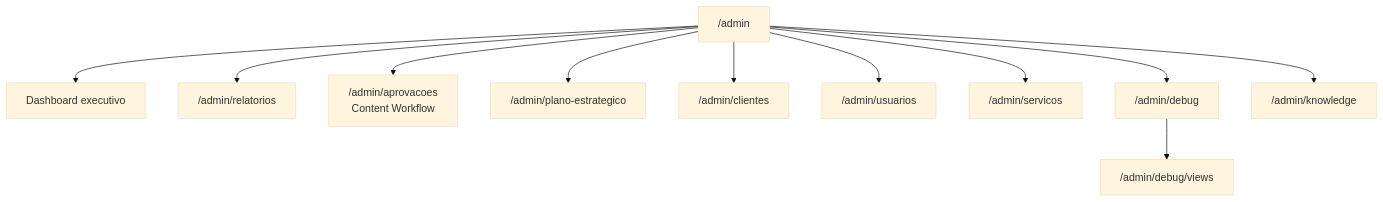
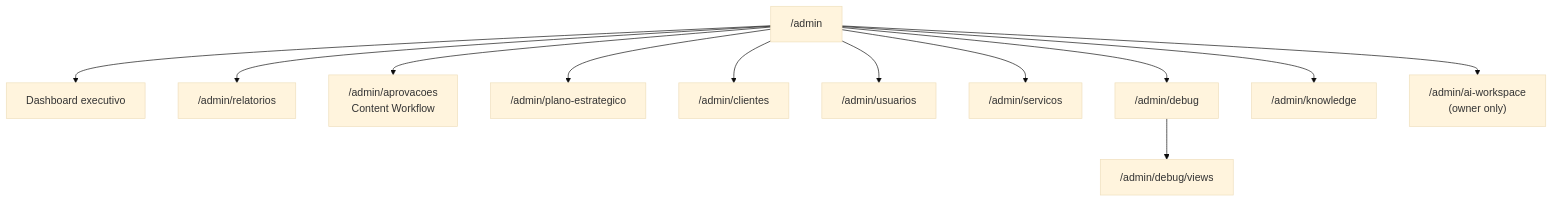
The diagram in docs/06-dashboards/admin-modules.md (Lotus-ofc/supabase-magic-portal), drawn with Mermaid (base theme) before and after one commit. The commit also changed other lines of this file and 80 other files, not shown here.

First line of the commit message:
feat(ai-workspace): add Platform Owner context pack module

````diff
--- a/docs/06-dashboards/admin-modules.md
+++ b/docs/06-dashboards/admin-modules.md
@@ -17,13 +17,14 @@
 ```mermaid
 flowchart TB
     A["/admin"] --> B["Dashboard executivo"]
     A --> R["/admin/relatorios"]
     A --> CW["/admin/aprovacoes\nContent Workflow"]
     A --> PE["/admin/plano-estrategico"]
     A --> C["/admin/clientes"]
     A --> U["/admin/usuarios"]
     A --> S["/admin/servicos"]
     A --> D["/admin/debug"]
     D --> DV["/admin/debug/views"]
     A --> K["/admin/knowledge"]
+    A --> AI["/admin/ai-workspace\n(owner only)"]
 ```
````
